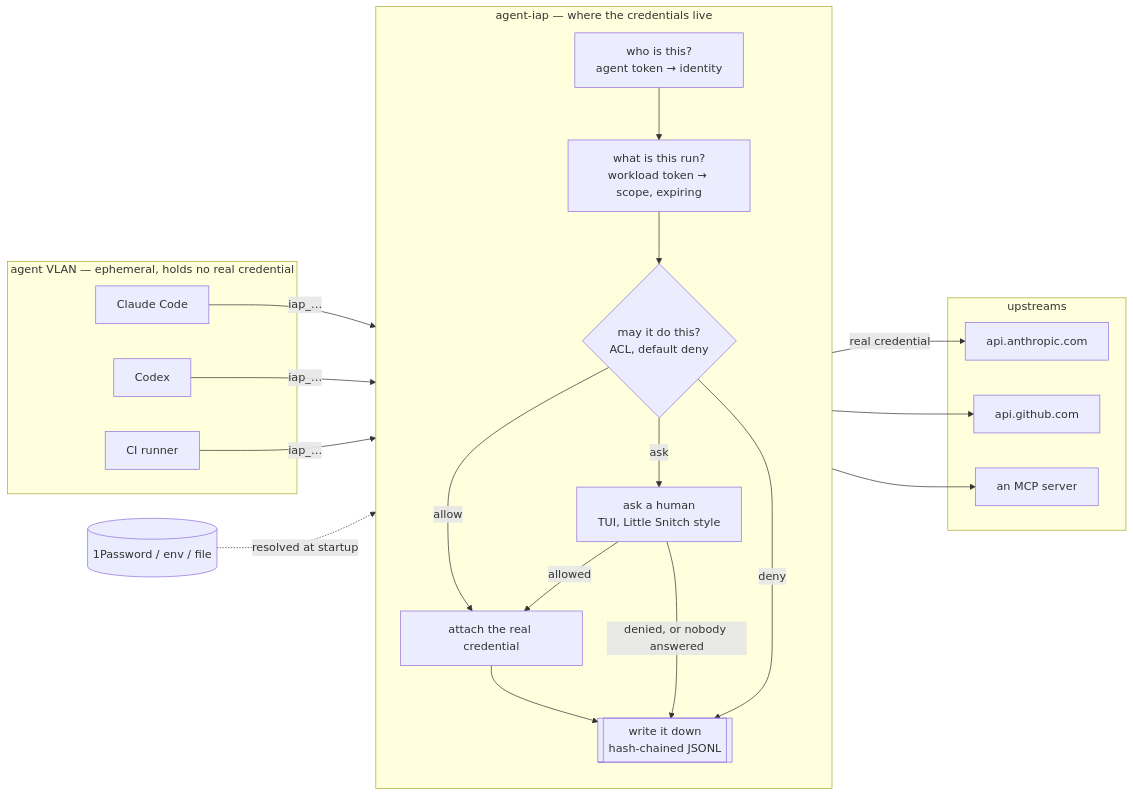
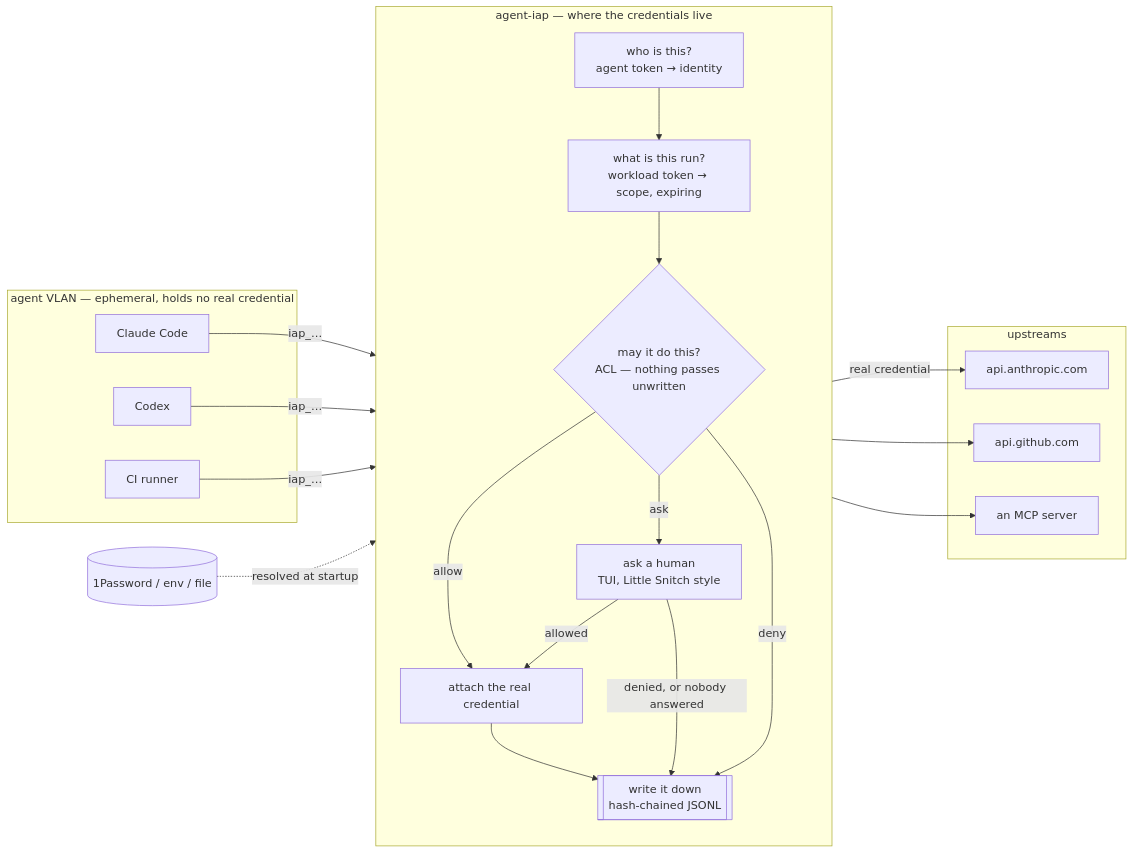
Before and after one commit to vpetersson/agent-iap: the first of 3 diagrams in README.md, drawn with Mermaid. The commit also changed other lines of this file and 8 other files, not shown here.

````diff
--- a/README.md
+++ b/README.md
@@ -19,41 +19,41 @@
 ```mermaid
 flowchart LR
     subgraph agents["agent VLAN — ephemeral, holds no real credential"]
         A1["Claude Code"]
         A2["Codex"]
         A3["CI runner"]
     end
 
     subgraph iap["agent-iap — where the credentials live"]
         direction TB
         ID["who is this?<br/>agent token → identity"]
         WL["what is this run?<br/>workload token → scope, expiring"]
-        ACL{"may it do this?<br/>ACL, default deny"}
+        ACL{"may it do this?<br/>ACL — nothing passes unwritten"}
         ASK["ask a human<br/>TUI, Little Snitch style"]
         INJ["attach the real credential"]
         LOG[["write it down<br/>hash-chained JSONL"]]
         ID --> WL --> ACL
         ACL -->|"allow"| INJ
         ACL -->|"ask"| ASK
         ASK -->|"allowed"| INJ
         ACL -->|"deny"| LOG
         ASK -->|"denied, or nobody answered"| LOG
         INJ --> LOG
     end
 
     SM[("1Password / env / file")]
 
     subgraph up["upstreams"]
         U1["api.anthropic.com"]
         U2["api.github.com"]
         U3["an MCP server"]
     end
 
     A1 -->|"iap_…"| ID
     A2 -->|"iap_…"| ID
     A3 -->|"iap_…"| ID
     SM -.->|"resolved at startup"| INJ
     INJ -->|"real credential"| U1
     INJ --> U2
     INJ --> U3
 ```
````
